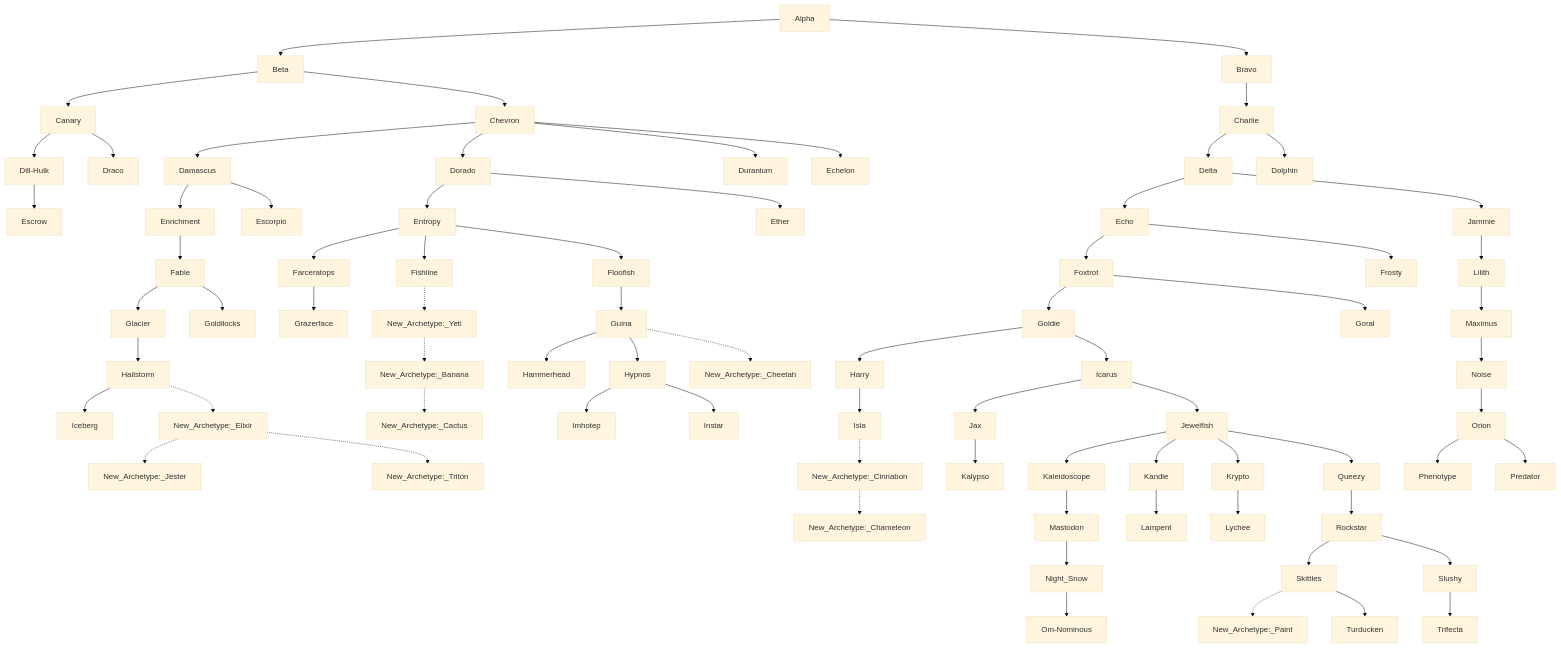
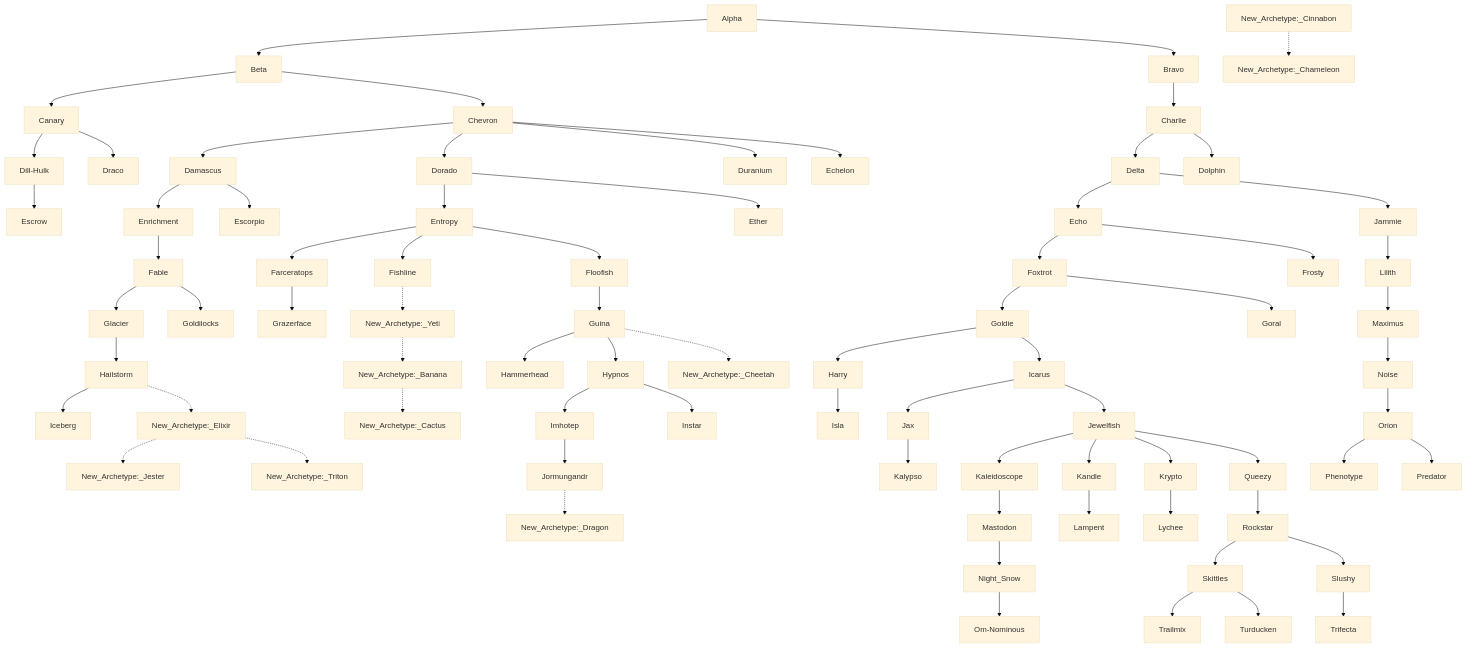
Before and after one commit to g1ddy/PeridotArchetypeFinder: the diagram in Peridot-ArchetypeTreeMST.md, drawn with Mermaid (base theme). The commit also changed 4 other files, not shown here.

````diff
--- a/Peridot-ArchetypeTreeMST.md
+++ b/Peridot-ArchetypeTreeMST.md
@@ -3,78 +3,79 @@
 ```mermaid
 flowchart
 
 Alpha --> Beta
 Alpha --> Bravo
 Beta --> Canary
 Beta --> Chevron
 Bravo --> Charlie
 Canary --> Dill-Hulk
 Canary --> Draco
 Charlie --> Delta
 Charlie --> Dolphin
 Chevron --> Damascus
 Chevron --> Dorado
 Chevron --> Duranium
 Chevron --> Echelon
 Damascus --> Enrichment
 Damascus --> Escorpio
 Delta --> Echo
 Delta --> Jammie
 Dill-Hulk --> Escrow
 Dorado --> Entropy
 Dorado --> Ether
 Echo --> Foxtrot
 Echo --> Frosty
 Enrichment --> Fable
 Entropy --> Farceratops
 Entropy --> Fishline
 Entropy --> Floofish
 Fable --> Glacier
 Fable --> Goldilocks
 Farceratops --> Grazerface
 Fishline -.-> New_Archetype:_Yeti
 Floofish --> Guina
 Foxtrot --> Goldie
 Foxtrot --> Goral
 Glacier --> Hailstorm
 Goldie --> Harry
 Goldie --> Icarus
 Guina --> Hammerhead
 Guina --> Hypnos
 Guina -.-> New_Archetype:_Cheetah
 Hailstorm --> Iceberg
 Hailstorm -.-> New_Archetype:_Elixir
 Harry --> Isla
 Hypnos --> Imhotep
 Hypnos --> Instar
 Icarus --> Jax
 Icarus --> Jewelfish
-Isla -.-> New_Archetype:_Cinnabon
+Imhotep --> Jormungandr
 Jammie --> Lilith
 Jax --> Kalypso
 Jewelfish --> Kaleidoscope
 Jewelfish --> Kandle
 Jewelfish --> Krypto
 Jewelfish --> Queezy
+Jormungandr -.-> New_Archetype:_Dragon
 Kaleidoscope --> Mastodon
 Kandle --> Lampent
 Krypto --> Lychee
 Lilith --> Maximus
 Mastodon --> Night_Snow
 Maximus --> Noise
 New_Archetype:_Elixir -.-> New_Archetype:_Jester
 New_Archetype:_Elixir -.-> New_Archetype:_Triton
 New_Archetype:_Banana -.-> New_Archetype:_Cactus
 New_Archetype:_Cinnabon -.-> New_Archetype:_Chameleon
 New_Archetype:_Yeti -.-> New_Archetype:_Banana
 Night_Snow --> Om-Nominous
 Noise --> Orion
 Orion --> Phenotype
 Orion --> Predator
 Queezy --> Rockstar
 Rockstar --> Skittles
 Rockstar --> Slushy
-Skittles -.-> New_Archetype:_Paint
+Skittles --> Trailmix
 Skittles --> Turducken
 Slushy --> Trifecta
 ```
````
